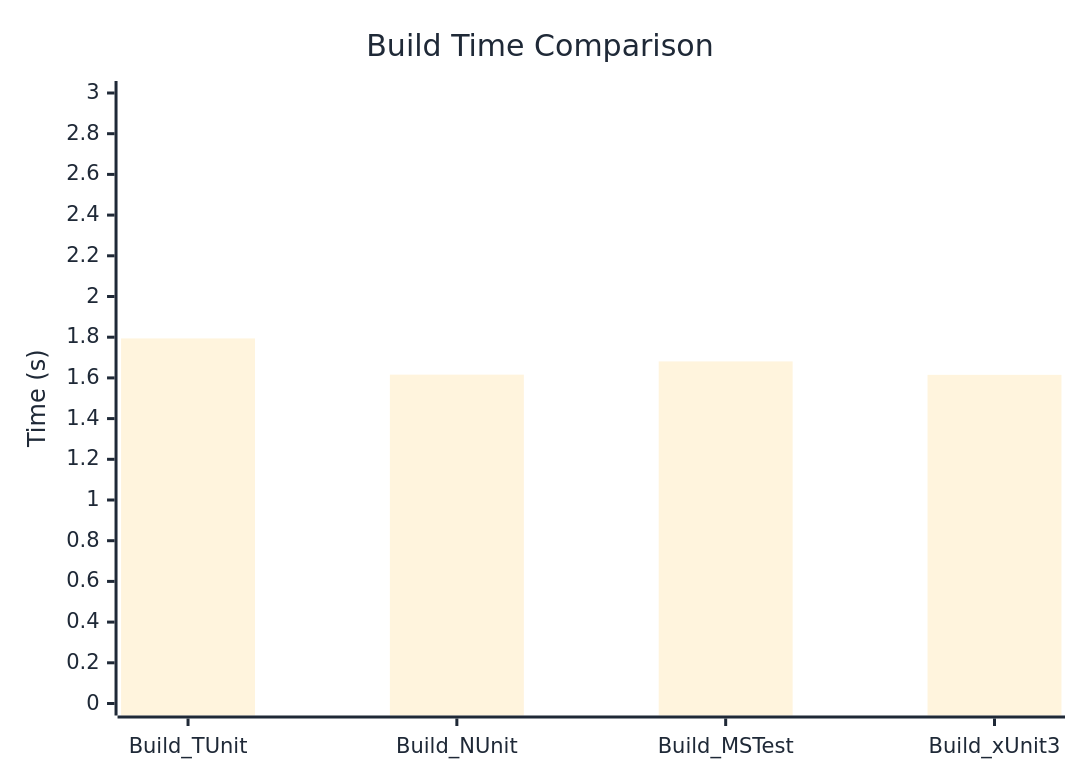
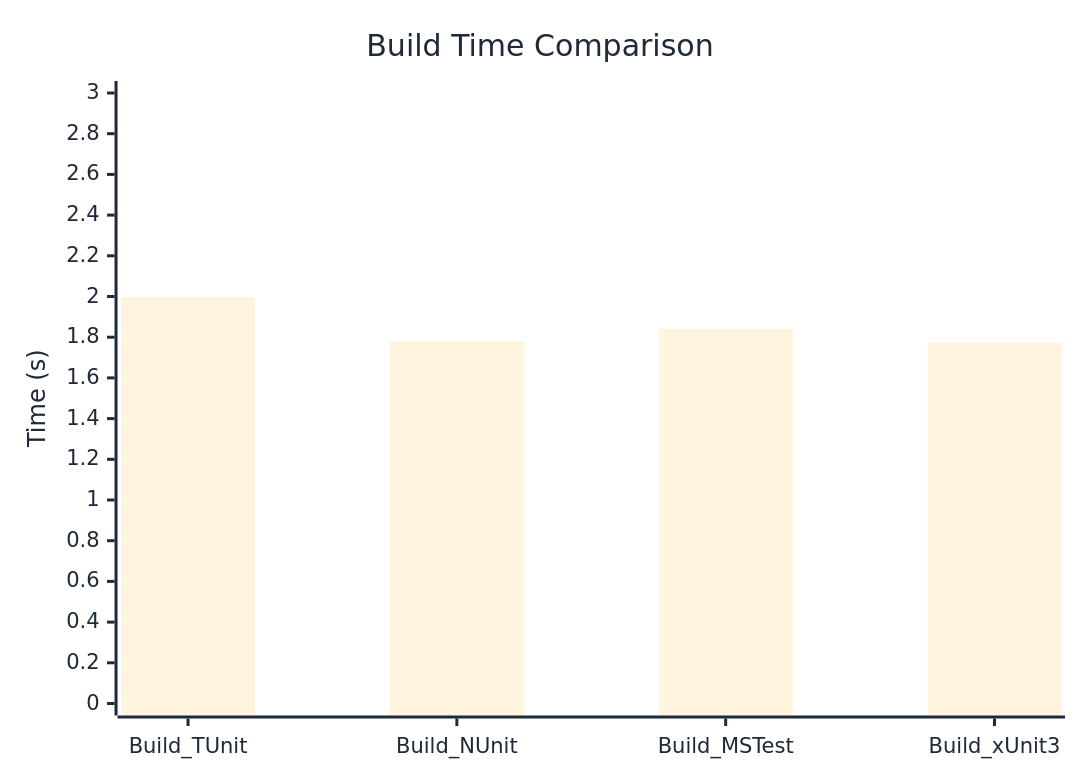
Before and after one commit to thomhurst/TUnit: the diagram in docs/docs/benchmarks/BuildTime.md, drawn with Mermaid. The commit also changed other lines of this file and 17 other files, not shown here.

````diff
--- a/docs/docs/benchmarks/BuildTime.md
+++ b/docs/docs/benchmarks/BuildTime.md
@@ -28,37 +28,37 @@
 ```mermaid
 %%{init: {
   'theme':'base',
   'themeVariables': {
     'primaryColor': '#2563eb',
     'primaryTextColor': '#1f2937',
     'primaryBorderColor': '#1e40af',
     'lineColor': '#6b7280',
     'secondaryColor': '#7c3aed',
     'tertiaryColor': '#dc2626',
     'background': '#ffffff',
     'mainBkg': '#2563eb',
     'secondBkg': '#7c3aed',
     'tertiaryBkg': '#dc2626',
     'clusterBkg': '#f3f4f6',
     'edgeLabelBackground': '#ffffff',
     'tertiaryTextColor': '#1f2937',
     'pie1': '#2563eb',
     'pie2': '#7c3aed',
     'pie3': '#dc2626',
     'pie4': '#f59e0b',
     'pie5': '#10b981',
     'pie6': '#06b6d4',
     'pie7': '#ec4899',
     'pie8': '#6366f1',
     'pie9': '#84cc16',
     'pie10': '#f97316',
     'pie11': '#14b8a6',
     'pie12': '#a855f7'
   }
 }}%%
 xychart-beta
   title "Build Time Comparison"
   x-axis ["Build_TUnit", "Build_NUnit", "Build_MSTest", "Build_xUnit3"]
   y-axis "Time (s)" 0 --> 3
-  bar [1.794, 1.616, 1.681, 1.615]
+  bar [1.997, 1.781, 1.841, 1.773]
 ```
````
